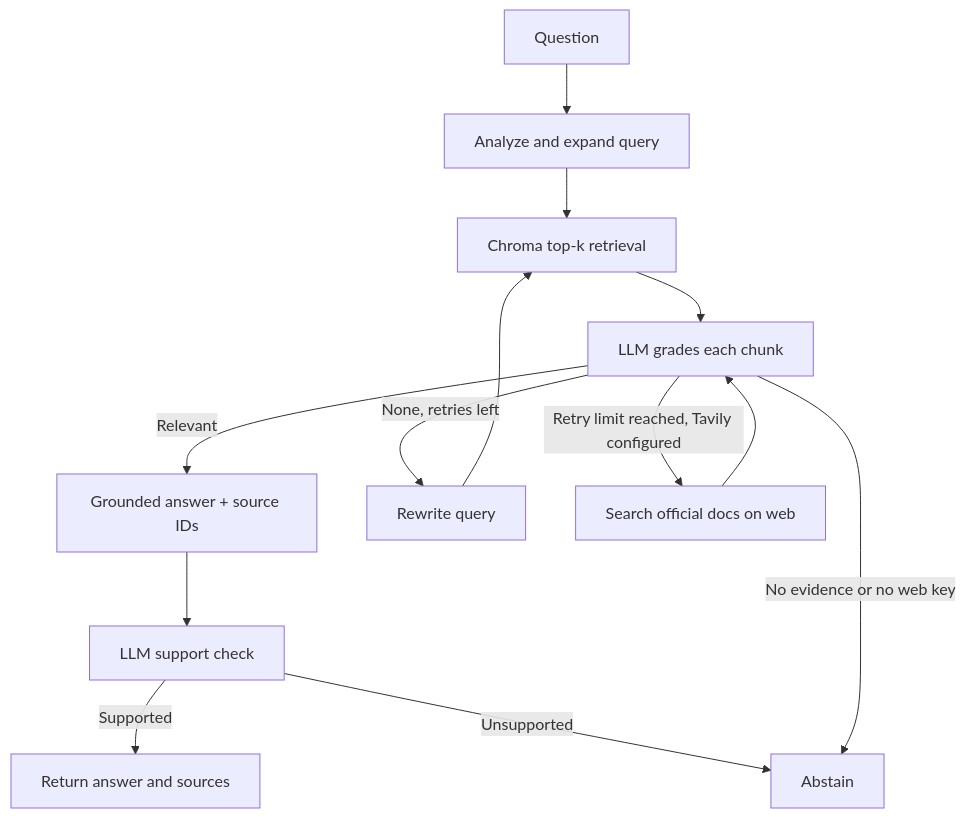
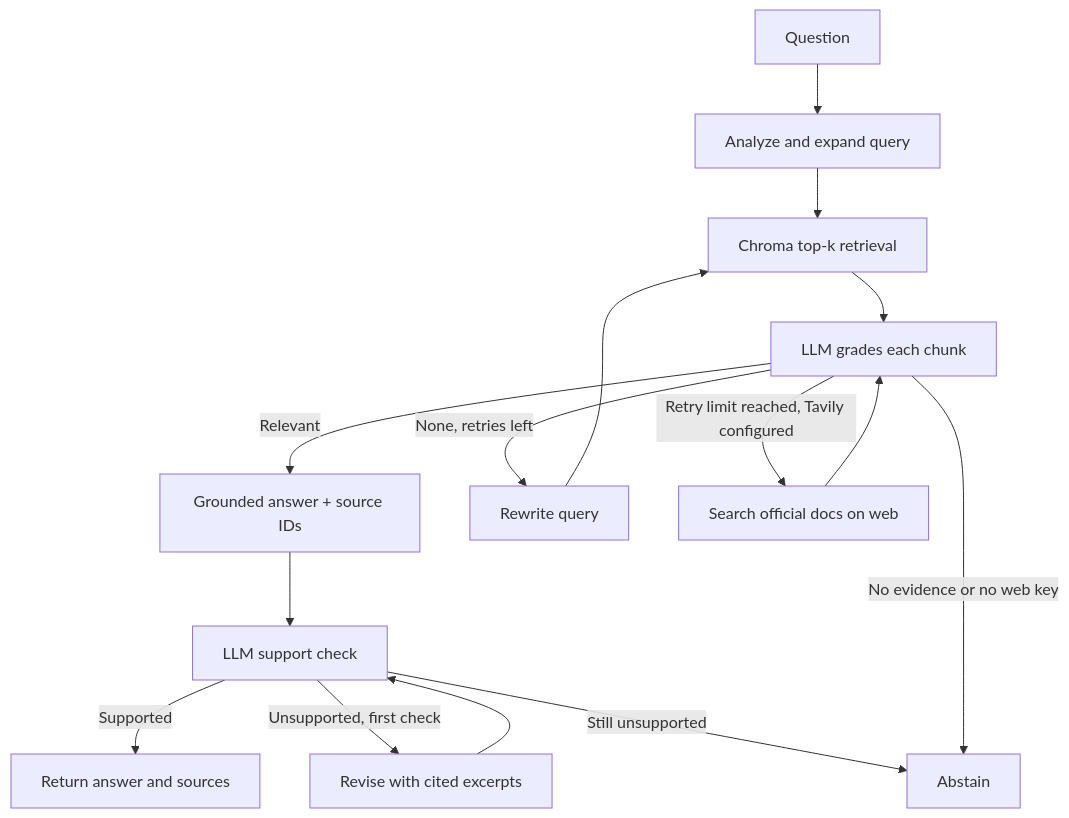
Before and after one commit to divbytes-prog/intern-assignment: the diagram in README.md, drawn with Mermaid. The commit also changed other lines of this file, not shown here.

Commit message:
Document current hosted limits, model fallback, and revision flow

````diff
--- a/README.md
+++ b/README.md
@@ -46,15 +46,17 @@
 ```mermaid
 flowchart TD
   A["Question"] --> B["Analyze and expand query"]
   B --> C["Chroma top-k retrieval"]
   C --> D["LLM grades each chunk"]
   D -->|Relevant| E["Grounded answer + source IDs"]
   E --> H["LLM support check"]
   H -->|Supported| I["Return answer and sources"]
-  H -->|Unsupported| G
+  H -->|Unsupported, first check| R["Revise with cited excerpts"]
+  R --> H
+  H -->|Still unsupported| G
   D -->|None, retries left| F["Rewrite query"]
   F --> C
   D -->|Retry limit reached, Tavily configured| W["Search official docs on web"]
   W --> D
   D -->|No evidence or no web key| G["Abstain"]
 ```
````
